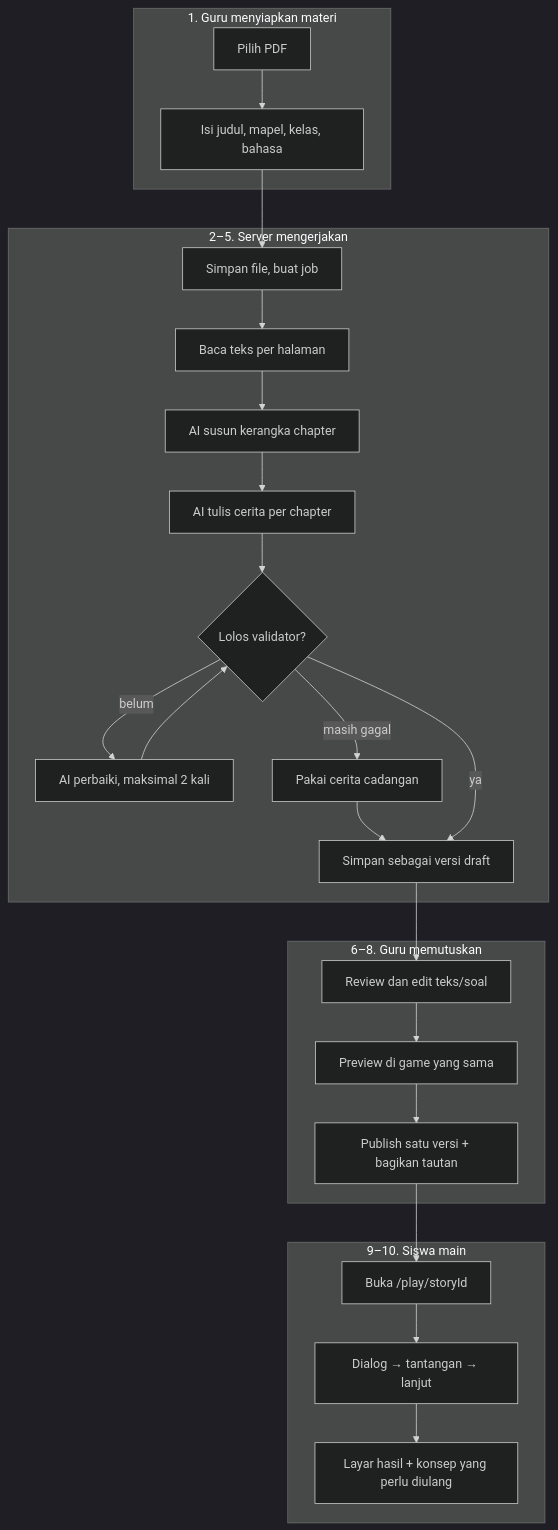
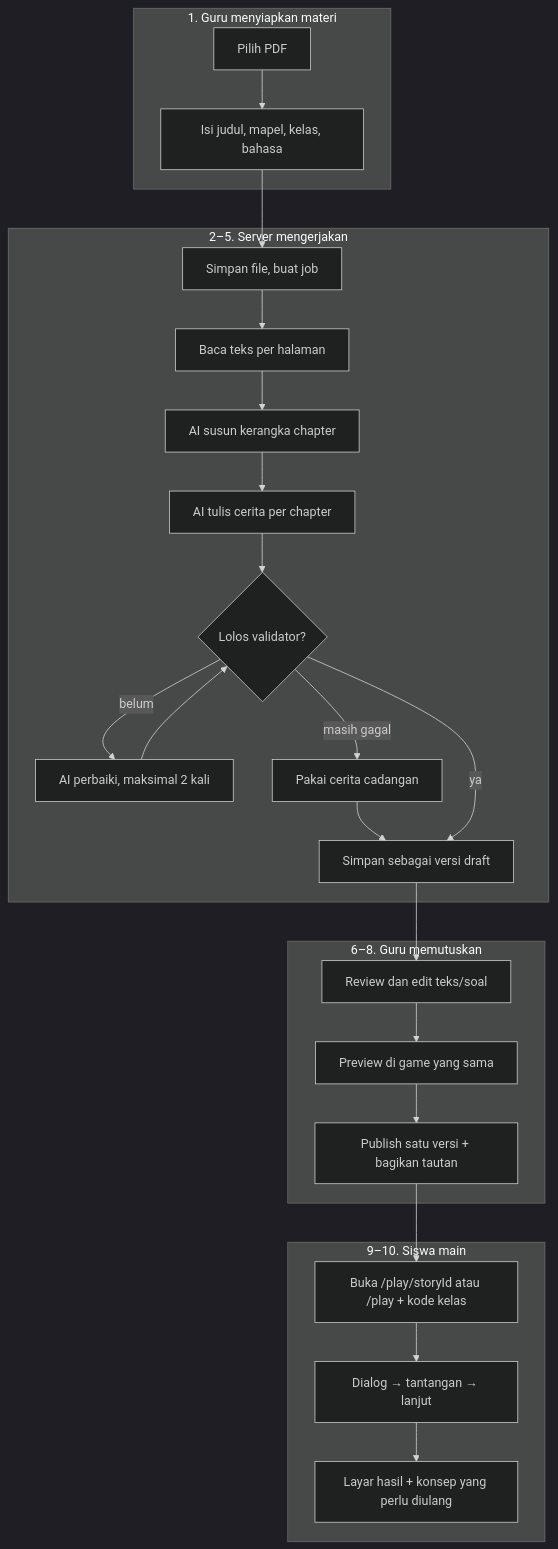
One commit to justeita/ClassQuest changed the diagram in docs/00-product/user-flows.md. Above: the diagram before and after it, drawn with Mermaid (dark theme). The commit also changed other lines of this file and 44 other files, not shown here.

````diff
--- a/docs/00-product/user-flows.md
+++ b/docs/00-product/user-flows.md
@@ -14,48 +14,48 @@
 ```mermaid
 flowchart TD
   subgraph guru["1. Guru menyiapkan materi"]
     A["Pilih PDF"]
     B["Isi judul, mapel, kelas, bahasa"]
   end
 
   subgraph server["2–5. Server mengerjakan"]
     C["Simpan file, buat job"]
     D["Baca teks per halaman"]
     E["AI susun kerangka chapter"]
     F["AI tulis cerita per chapter"]
     G{"Lolos validator?"}
     H["AI perbaiki, maksimal 2 kali"]
     I["Pakai cerita cadangan"]
     J["Simpan sebagai versi draft"]
   end
 
   subgraph review["6–8. Guru memutuskan"]
     K["Review dan edit teks/soal"]
     L["Preview di game yang sama"]
     M["Publish satu versi + bagikan tautan"]
   end
 
   subgraph siswa["9–10. Siswa main"]
-    N["Buka /play/storyId"]
+    N["Buka /play/storyId atau /play + kode kelas"]
     O["Dialog → tantangan → lanjut"]
     P["Layar hasil + konsep yang perlu diulang"]
   end
 
   A --> B
   B --> C
   C --> D
   D --> E
   E --> F
   F --> G
   G -- "belum" --> H
   H --> G
   G -- "masih gagal" --> I
   I --> J
   G -- "ya" --> J
   J --> K
   K --> L
   L --> M
   M --> N
   N --> O
   O --> P
 ```
````
